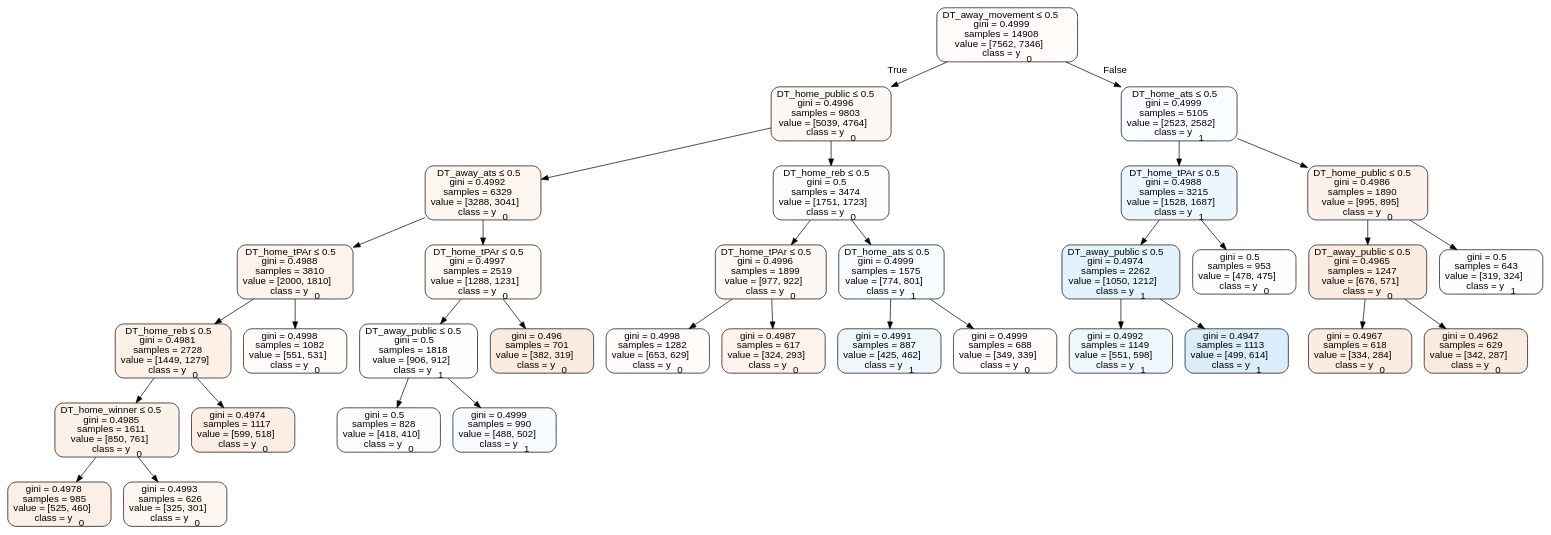
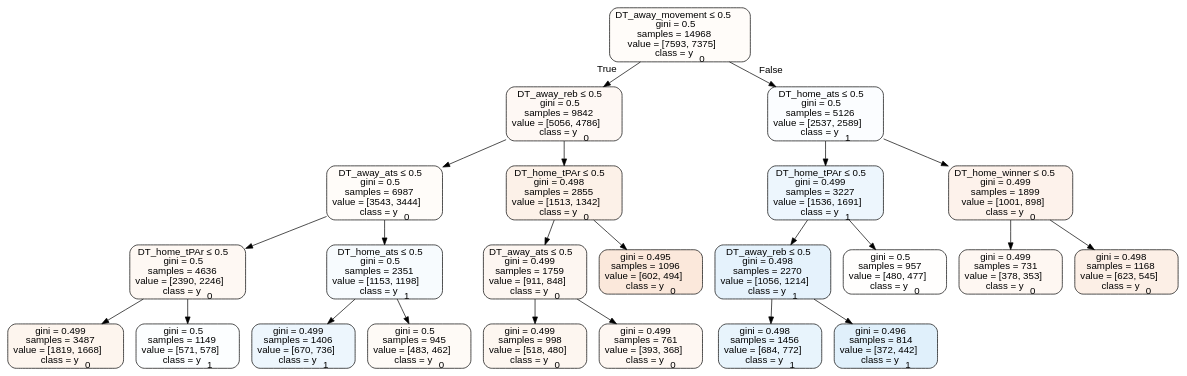
One commit to usbogie/ncaa-bets changed the diagram in Basketball/data/trees/tree2012home.dot. Above: the diagram before and after it, drawn with Graphviz. The commit also changed 35 other files, not shown here.

```diff
--- a/Basketball/data/trees/tree2012home.dot
+++ b/Basketball/data/trees/tree2012home.dot
@@ -1,69 +1,49 @@
 digraph Tree {
 node [shape=box, style="filled, rounded", color="black", fontname=helvetica] ;
 edge [fontname=helvetica] ;
-0 [label=<DT_away_movement &le; 0.5<br/>gini = 0.4999<br/>samples = 14908<br/>value = [7562, 7346]<br/>class = y<SUB>0</SUB>>, fillcolor="#e5813907"] ;
-1 [label=<DT_home_public &le; 0.5<br/>gini = 0.4996<br/>samples = 9803<br/>value = [5039, 4764]<br/>class = y<SUB>0</SUB>>, fillcolor="#e581390e"] ;
+0 [label=<DT_away_movement &le; 0.5<br/>gini = 0.5<br/>samples = 14968<br/>value = [7593, 7375]<br/>class = y<SUB>0</SUB>>, fillcolor="#e5813907"] ;
+1 [label=<DT_away_reb &le; 0.5<br/>gini = 0.5<br/>samples = 9842<br/>value = [5056, 4786]<br/>class = y<SUB>0</SUB>>, fillcolor="#e581390e"] ;
 0 -> 1 [labeldistance=2.5, labelangle=45, headlabel="True"] ;
-2 [label=<DT_away_ats &le; 0.5<br/>gini = 0.4992<br/>samples = 6329<br/>value = [3288, 3041]<br/>class = y<SUB>0</SUB>>, fillcolor="#e5813913"] ;
+2 [label=<DT_away_ats &le; 0.5<br/>gini = 0.5<br/>samples = 6987<br/>value = [3543, 3444]<br/>class = y<SUB>0</SUB>>, fillcolor="#e5813907"] ;
 1 -> 2 ;
-3 [label=<DT_home_tPAr &le; 0.5<br/>gini = 0.4988<br/>samples = 3810<br/>value = [2000, 1810]<br/>class = y<SUB>0</SUB>>, fillcolor="#e5813918"] ;
+3 [label=<DT_home_tPAr &le; 0.5<br/>gini = 0.5<br/>samples = 4636<br/>value = [2390, 2246]<br/>class = y<SUB>0</SUB>>, fillcolor="#e581390f"] ;
 2 -> 3 ;
-4 [label=<DT_home_reb &le; 0.5<br/>gini = 0.4981<br/>samples = 2728<br/>value = [1449, 1279]<br/>class = y<SUB>0</SUB>>, fillcolor="#e581391e"] ;
+4 [label=<gini = 0.499<br/>samples = 3487<br/>value = [1819, 1668]<br/>class = y<SUB>0</SUB>>, fillcolor="#e5813915"] ;
 3 -> 4 ;
-5 [label=<DT_home_winner &le; 0.5<br/>gini = 0.4985<br/>samples = 1611<br/>value = [850, 761]<br/>class = y<SUB>0</SUB>>, fillcolor="#e581391b"] ;
-4 -> 5 ;
-6 [label=<gini = 0.4978<br/>samples = 985<br/>value = [525, 460]<br/>class = y<SUB>0</SUB>>, fillcolor="#e5813920"] ;
-5 -> 6 ;
-7 [label=<gini = 0.4993<br/>samples = 626<br/>value = [325, 301]<br/>class = y<SUB>0</SUB>>, fillcolor="#e5813913"] ;
-5 -> 7 ;
-8 [label=<gini = 0.4974<br/>samples = 1117<br/>value = [599, 518]<br/>class = y<SUB>0</SUB>>, fillcolor="#e5813922"] ;
-4 -> 8 ;
-9 [label=<gini = 0.4998<br/>samples = 1082<br/>value = [551, 531]<br/>class = y<SUB>0</SUB>>, fillcolor="#e5813909"] ;
-3 -> 9 ;
-10 [label=<DT_home_tPAr &le; 0.5<br/>gini = 0.4997<br/>samples = 2519<br/>value = [1288, 1231]<br/>class = y<SUB>0</SUB>>, fillcolor="#e581390b"] ;
-2 -> 10 ;
-11 [label=<DT_away_public &le; 0.5<br/>gini = 0.5<br/>samples = 1818<br/>value = [906, 912]<br/>class = y<SUB>1</SUB>>, fillcolor="#399de502"] ;
+5 [label=<gini = 0.5<br/>samples = 1149<br/>value = [571, 578]<br/>class = y<SUB>1</SUB>>, fillcolor="#399de503"] ;
+3 -> 5 ;
+6 [label=<DT_home_ats &le; 0.5<br/>gini = 0.5<br/>samples = 2351<br/>value = [1153, 1198]<br/>class = y<SUB>1</SUB>>, fillcolor="#399de50a"] ;
+2 -> 6 ;
+7 [label=<gini = 0.499<br/>samples = 1406<br/>value = [670, 736]<br/>class = y<SUB>1</SUB>>, fillcolor="#399de517"] ;
+6 -> 7 ;
+8 [label=<gini = 0.5<br/>samples = 945<br/>value = [483, 462]<br/>class = y<SUB>0</SUB>>, fillcolor="#e581390b"] ;
+6 -> 8 ;
+9 [label=<DT_home_tPAr &le; 0.5<br/>gini = 0.498<br/>samples = 2855<br/>value = [1513, 1342]<br/>class = y<SUB>0</SUB>>, fillcolor="#e581391d"] ;
+1 -> 9 ;
+10 [label=<DT_away_ats &le; 0.5<br/>gini = 0.499<br/>samples = 1759<br/>value = [911, 848]<br/>class = y<SUB>0</SUB>>, fillcolor="#e5813912"] ;
+9 -> 10 ;
+11 [label=<gini = 0.499<br/>samples = 998<br/>value = [518, 480]<br/>class = y<SUB>0</SUB>>, fillcolor="#e5813913"] ;
 10 -> 11 ;
-12 [label=<gini = 0.5<br/>samples = 828<br/>value = [418, 410]<br/>class = y<SUB>0</SUB>>, fillcolor="#e5813905"] ;
-11 -> 12 ;
-13 [label=<gini = 0.4999<br/>samples = 990<br/>value = [488, 502]<br/>class = y<SUB>1</SUB>>, fillcolor="#399de507"] ;
-11 -> 13 ;
-14 [label=<gini = 0.496<br/>samples = 701<br/>value = [382, 319]<br/>class = y<SUB>0</SUB>>, fillcolor="#e581392a"] ;
-10 -> 14 ;
-15 [label=<DT_home_reb &le; 0.5<br/>gini = 0.5<br/>samples = 3474<br/>value = [1751, 1723]<br/>class = y<SUB>0</SUB>>, fillcolor="#e5813904"] ;
-1 -> 15 ;
-16 [label=<DT_home_tPAr &le; 0.5<br/>gini = 0.4996<br/>samples = 1899<br/>value = [977, 922]<br/>class = y<SUB>0</SUB>>, fillcolor="#e581390e"] ;
+12 [label=<gini = 0.499<br/>samples = 761<br/>value = [393, 368]<br/>class = y<SUB>0</SUB>>, fillcolor="#e5813910"] ;
+10 -> 12 ;
+13 [label=<gini = 0.495<br/>samples = 1096<br/>value = [602, 494]<br/>class = y<SUB>0</SUB>>, fillcolor="#e581392e"] ;
+9 -> 13 ;
+14 [label=<DT_home_ats &le; 0.5<br/>gini = 0.5<br/>samples = 5126<br/>value = [2537, 2589]<br/>class = y<SUB>1</SUB>>, fillcolor="#399de505"] ;
+0 -> 14 [labeldistance=2.5, labelangle=-45, headlabel="False"] ;
+15 [label=<DT_home_tPAr &le; 0.5<br/>gini = 0.499<br/>samples = 3227<br/>value = [1536, 1691]<br/>class = y<SUB>1</SUB>>, fillcolor="#399de517"] ;
+14 -> 15 ;
+16 [label=<DT_away_reb &le; 0.5<br/>gini = 0.498<br/>samples = 2270<br/>value = [1056, 1214]<br/>class = y<SUB>1</SUB>>, fillcolor="#399de521"] ;
 15 -> 16 ;
-17 [label=<gini = 0.4998<br/>samples = 1282<br/>value = [653, 629]<br/>class = y<SUB>0</SUB>>, fillcolor="#e5813909"] ;
+17 [label=<gini = 0.498<br/>samples = 1456<br/>value = [684, 772]<br/>class = y<SUB>1</SUB>>, fillcolor="#399de51d"] ;
 16 -> 17 ;
-18 [label=<gini = 0.4987<br/>samples = 617<br/>value = [324, 293]<br/>class = y<SUB>0</SUB>>, fillcolor="#e5813918"] ;
+18 [label=<gini = 0.496<br/>samples = 814<br/>value = [372, 442]<br/>class = y<SUB>1</SUB>>, fillcolor="#399de528"] ;
 16 -> 18 ;
-19 [label=<DT_home_ats &le; 0.5<br/>gini = 0.4999<br/>samples = 1575<br/>value = [774, 801]<br/>class = y<SUB>1</SUB>>, fillcolor="#399de509"] ;
+19 [label=<gini = 0.5<br/>samples = 957<br/>value = [480, 477]<br/>class = y<SUB>0</SUB>>, fillcolor="#e5813902"] ;
 15 -> 19 ;
-20 [label=<gini = 0.4991<br/>samples = 887<br/>value = [425, 462]<br/>class = y<SUB>1</SUB>>, fillcolor="#399de514"] ;
-19 -> 20 ;
-21 [label=<gini = 0.4999<br/>samples = 688<br/>value = [349, 339]<br/>class = y<SUB>0</SUB>>, fillcolor="#e5813907"] ;
-19 -> 21 ;
-22 [label=<DT_home_ats &le; 0.5<br/>gini = 0.4999<br/>samples = 5105<br/>value = [2523, 2582]<br/>class = y<SUB>1</SUB>>, fillcolor="#399de506"] ;
-0 -> 22 [labeldistance=2.5, labelangle=-45, headlabel="False"] ;
-23 [label=<DT_home_tPAr &le; 0.5<br/>gini = 0.4988<br/>samples = 3215<br/>value = [1528, 1687]<br/>class = y<SUB>1</SUB>>, fillcolor="#399de518"] ;
-22 -> 23 ;
-24 [label=<DT_away_public &le; 0.5<br/>gini = 0.4974<br/>samples = 2262<br/>value = [1050, 1212]<br/>class = y<SUB>1</SUB>>, fillcolor="#399de522"] ;
-23 -> 24 ;
-25 [label=<gini = 0.4992<br/>samples = 1149<br/>value = [551, 598]<br/>class = y<SUB>1</SUB>>, fillcolor="#399de514"] ;
-24 -> 25 ;
-26 [label=<gini = 0.4947<br/>samples = 1113<br/>value = [499, 614]<br/>class = y<SUB>1</SUB>>, fillcolor="#399de530"] ;
-24 -> 26 ;
-27 [label=<gini = 0.5<br/>samples = 953<br/>value = [478, 475]<br/>class = y<SUB>0</SUB>>, fillcolor="#e5813902"] ;
-23 -> 27 ;
-28 [label=<DT_home_public &le; 0.5<br/>gini = 0.4986<br/>samples = 1890<br/>value = [995, 895]<br/>class = y<SUB>0</SUB>>, fillcolor="#e581391a"] ;
-22 -> 28 ;
-29 [label=<DT_away_public &le; 0.5<br/>gini = 0.4965<br/>samples = 1247<br/>value = [676, 571]<br/>class = y<SUB>0</SUB>>, fillcolor="#e5813928"] ;
-28 -> 29 ;
-30 [label=<gini = 0.4967<br/>samples = 618<br/>value = [334, 284]<br/>class = y<SUB>0</SUB>>, fillcolor="#e5813926"] ;
-29 -> 30 ;
-31 [label=<gini = 0.4962<br/>samples = 629<br/>value = [342, 287]<br/>class = y<SUB>0</SUB>>, fillcolor="#e5813929"] ;
-29 -> 31 ;
-32 [label=<gini = 0.5<br/>samples = 643<br/>value = [319, 324]<br/>class = y<SUB>1</SUB>>, fillcolor="#399de504"] ;
-28 -> 32 ;
+20 [label=<DT_home_winner &le; 0.5<br/>gini = 0.499<br/>samples = 1899<br/>value = [1001, 898]<br/>class = y<SUB>0</SUB>>, fillcolor="#e581391a"] ;
+14 -> 20 ;
+21 [label=<gini = 0.499<br/>samples = 731<br/>value = [378, 353]<br/>class = y<SUB>0</SUB>>, fillcolor="#e5813911"] ;
+20 -> 21 ;
+22 [label=<gini = 0.498<br/>samples = 1168<br/>value = [623, 545]<br/>class = y<SUB>0</SUB>>, fillcolor="#e5813920"] ;
+20 -> 22 ;
 }
```
